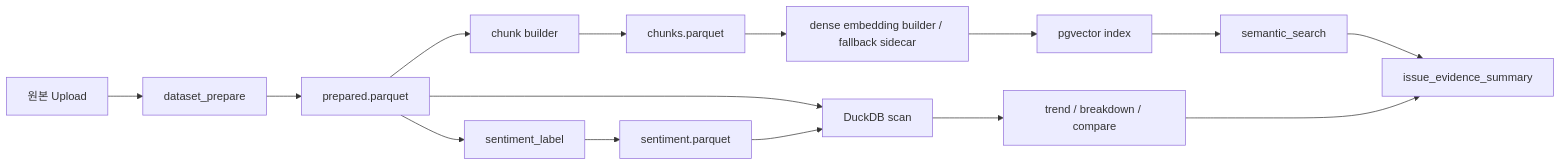
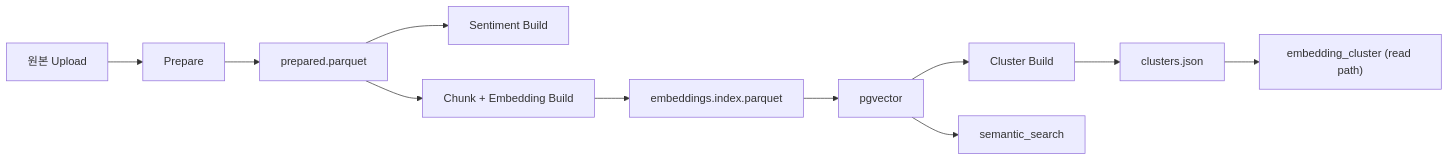
One commit to squirrelabbit/analysis-agent-platform changed the diagram in docs/architecture/unstructured_storage_transition.md. Above: the diagram before and after it, drawn with Mermaid. The commit also changed other lines of this file and 19 other files, not shown here.

````diff
--- a/docs/architecture/unstructured_storage_transition.md
+++ b/docs/architecture/unstructured_storage_transition.md
@@ -61,17 +22,13 @@
 ```mermaid
 flowchart LR
-    Upload["원본 Upload"] --> Prepare["dataset_prepare"]
-    Prepare --> Prepared["prepared.parquet"]
-    Prepared --> Sentiment["sentiment_label"]
-    Prepared --> Chunk["chunk builder"]
-    Sentiment --> SentimentParquet["sentiment.parquet"]
-    Chunk --> ChunkParquet["chunks.parquet"]
-    ChunkParquet --> Embed["dense embedding builder / fallback sidecar"]
-    Embed --> Index["pgvector index"]
-    Prepared --> Duck["DuckDB scan"]
-    SentimentParquet --> Duck
-    Index --> Search["semantic_search"]
-    Search --> Evidence["issue_evidence_summary"]
-    Duck --> Trend["trend / breakdown / compare"]
-    Trend --> Evidence
+    A["원본 Upload"] --> B["Prepare"]
+    B --> C["prepared.parquet"]
+    C --> D["Sentiment Build"]
+    C --> E["Chunk + Embedding Build"]
+    E --> F["embeddings.index.parquet"]
+    F --> G["pgvector"]
+    G --> H["Cluster Build"]
+    H --> I["clusters.json"]
+    G --> J["semantic_search"]
+    I --> K["embedding_cluster (read path)"]
 ```
````
